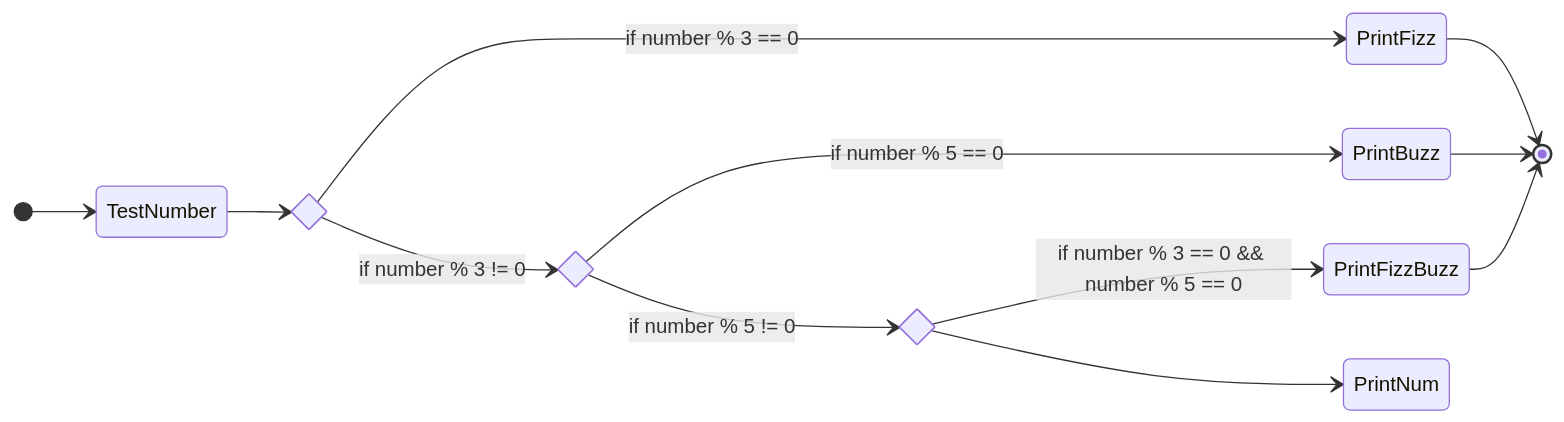
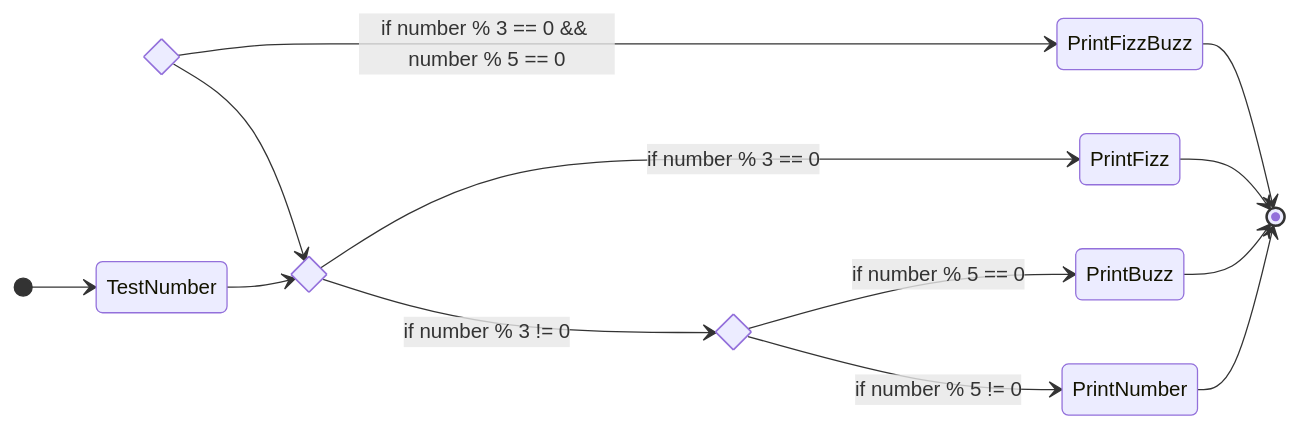
The eighth of 8 diagrams in cookbook/SDLC/Boxes and Arrows/boxes_and_arrows_fun.md (carteras/IT-CBR), drawn with Mermaid before and after one commit.

````diff
--- a/cookbook/SDLC/Boxes and Arrows/boxes_and_arrows_fun.md
+++ b/cookbook/SDLC/Boxes and Arrows/boxes_and_arrows_fun.md
@@ -117,19 +117,22 @@
 ```mermaid
   stateDiagram
     direction LR
     state fizz_state <<choice>>
     state buzz_state <<choice>>
     state fizzbuzz_state <<choice>>
     [*] --> TestNumber
     TestNumber --> fizz_state
+    fizzbuzz_state --> PrintFizzBuzz: if number % 3 == 0 && number % 5 == 0
+    PrintFizzBuzz --> [*]
+    fizzbuzz_state --> fizz_state
     fizz_state --> PrintFizz: if number % 3 == 0
     PrintFizz --> [*]
     fizz_state --> buzz_state: if number % 3 != 0
     buzz_state --> PrintBuzz: if number % 5 == 0
     PrintBuzz --> [*]
-    buzz_state --> fizzbuzz_state: if number % 5 != 0
-    fizzbuzz_state --> PrintFizzBuzz: if number % 3 == 0 && number % 5 == 0
-    PrintFizzBuzz --> [*]
-    fizzbuzz_state --> PrintNum
+    buzz_state --> PrintNumber: if number % 5 != 0
+    PrintNumber --> [*]
+    
+    
     
 ```
````
